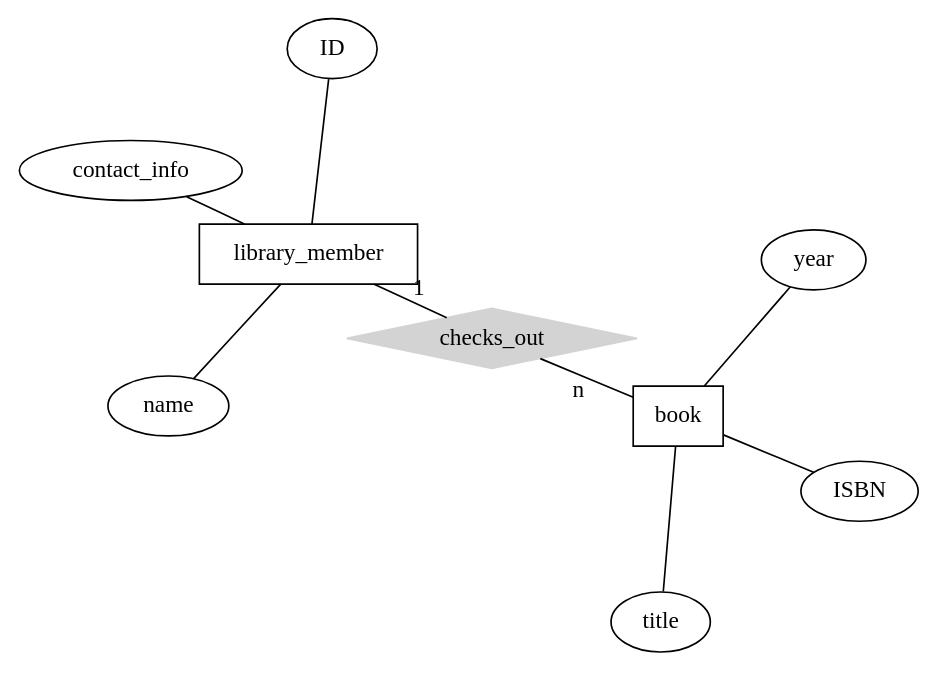
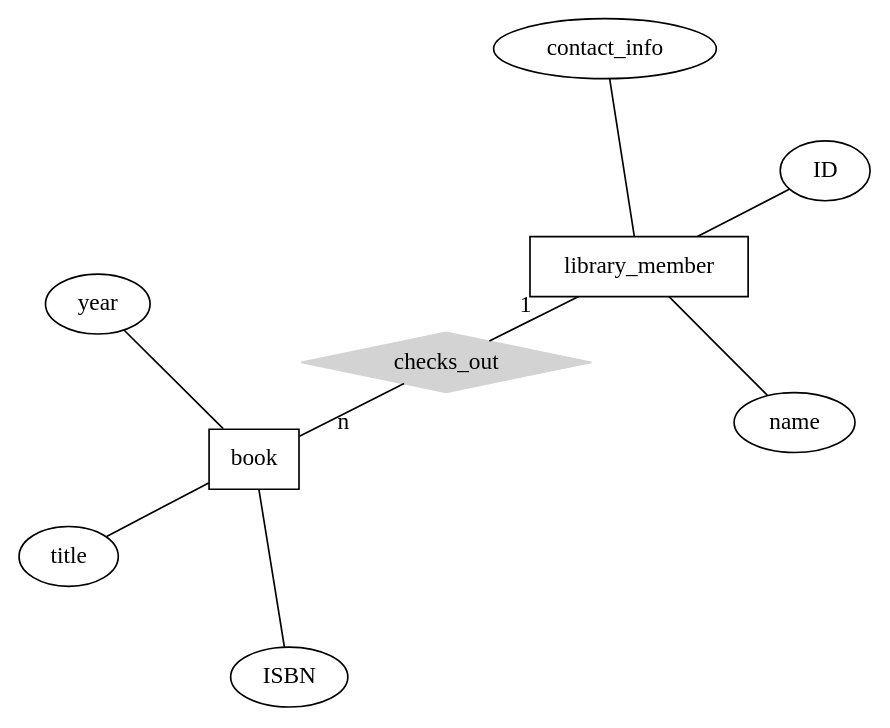
Before and after one commit to cmsc-vcu/cmsc508-fa2023-hw2-camslam13: the first of 2 diagrams in hw2/README.qmd, drawn with Graphviz. The commit also changed 1 other file, not shown here.

Commit message:
my first commit to this repo

````diff
--- a/hw2/README.qmd
+++ b/hw2/README.qmd
@@ -21,20 +21,20 @@
 ```{dot}
 //| echo: false
 graph ER {
     layout=neato;
-    scale=1.5;
-    node [shape=box]; library_member; book;
+    scale=1.6;
+    node [shape=box]; book; library_member;
     node [shape=ellipse]; name, contact_info, ID, year, title, ISBN
     node [shape=diamond,style=filled,color=lightgrey]; checks_out
     
     library_member -- checks_out [label="1",len=1.00]
     checks_out -- book [label="n",len=1.00]
     
     library_member -- ID
     library_member -- name
     library_member -- contact_info
     book -- year
     book -- title
     book -- ISBN
 }
 ```
````
